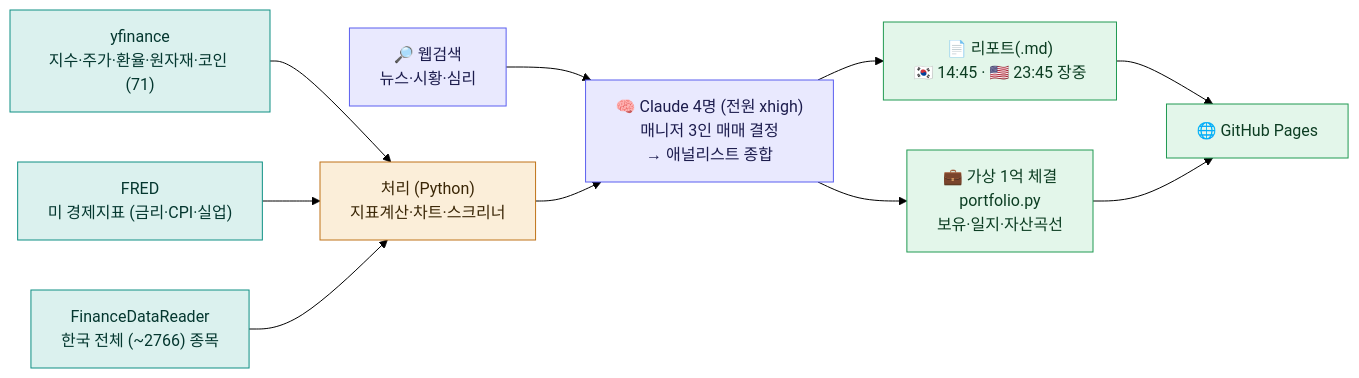
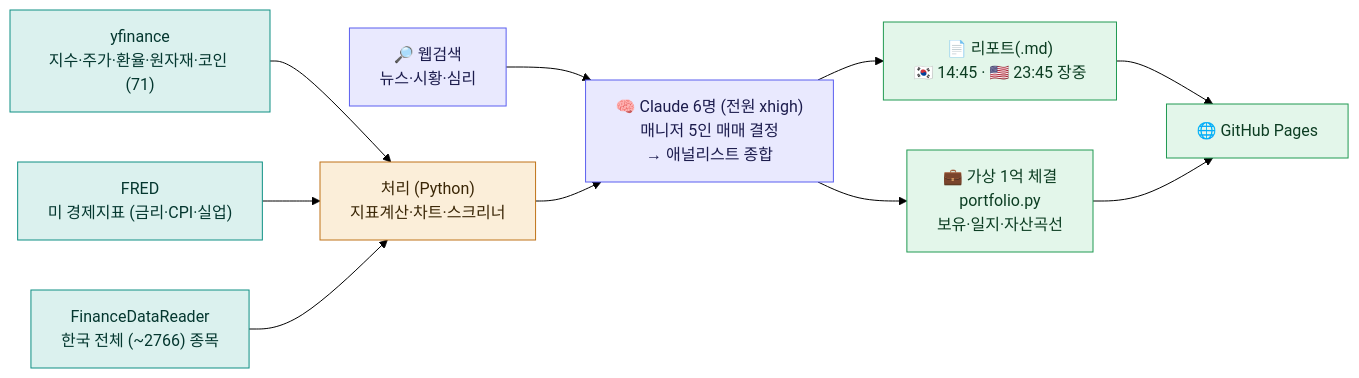
The second of 2 diagrams in docs/OVERVIEW.md (gks930620/stock-daily), drawn with Mermaid (forest theme) before and after one commit. The commit also changed other lines of this file and 32 other files, not shown here.

````diff
--- a/docs/OVERVIEW.md
+++ b/docs/OVERVIEW.md
@@ -63,17 +63,17 @@
 ```mermaid
 flowchart LR
   Y["yfinance<br/>지수·주가·환율·원자재·코인 (71)"] --> P
   FR["FRED<br/>미 경제지표 (금리·CPI·실업)"] --> P
   FD["FinanceDataReader<br/>한국 전체 (~2766) 종목"] --> P
   WS["🔎 웹검색<br/>뉴스·시황·심리"] --> CL
 
   P["처리 (Python)<br/>지표계산·차트·스크리너"] --> CL
-  CL["🧠 Claude 4명 (전원 xhigh)<br/>매니저 3인 매매 결정<br/>→ 애널리스트 종합"] --> R["📄 리포트(.md)<br/>🇰🇷 14:45 · 🇺🇸 23:45 장중"] --> PG["🌐 GitHub Pages"]
+  CL["🧠 Claude 6명 (전원 xhigh)<br/>매니저 5인 매매 결정<br/>→ 애널리스트 종합"] --> R["📄 리포트(.md)<br/>🇰🇷 14:45 · 🇺🇸 23:45 장중"] --> PG["🌐 GitHub Pages"]
   CL --> PF["💼 가상 1억 체결<br/>portfolio.py<br/>보유·일지·자산곡선"] --> PG
 
   classDef data fill:#dbf1ee,stroke:#0e8f83,color:#04372f;
   classDef proc fill:#fbeed9,stroke:#bf7318,color:#3a2606;
   classDef ai   fill:#e9e9fe,stroke:#5b5ff0,color:#1c1c4d;
   classDef pub  fill:#e3f6ea,stroke:#219a52,color:#0c3d22;
   class Y,FR,FD data; class P proc; class WS,CL ai; class R,PF,PG pub;
 ```
````
